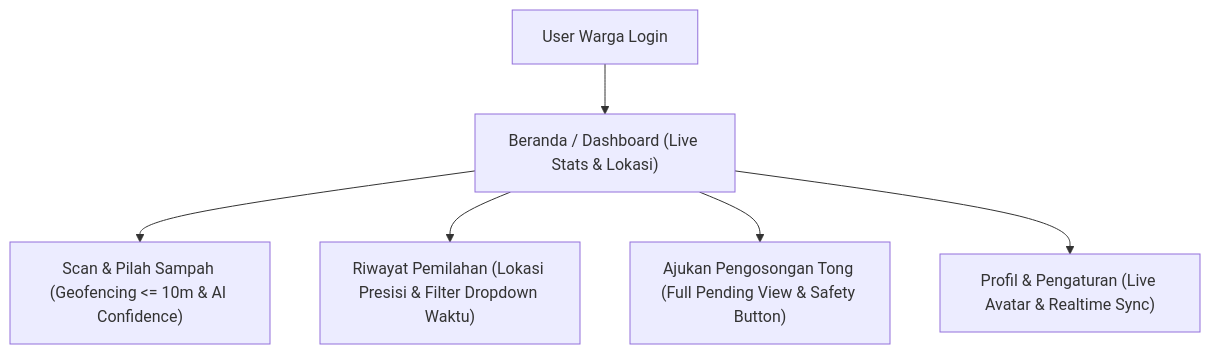
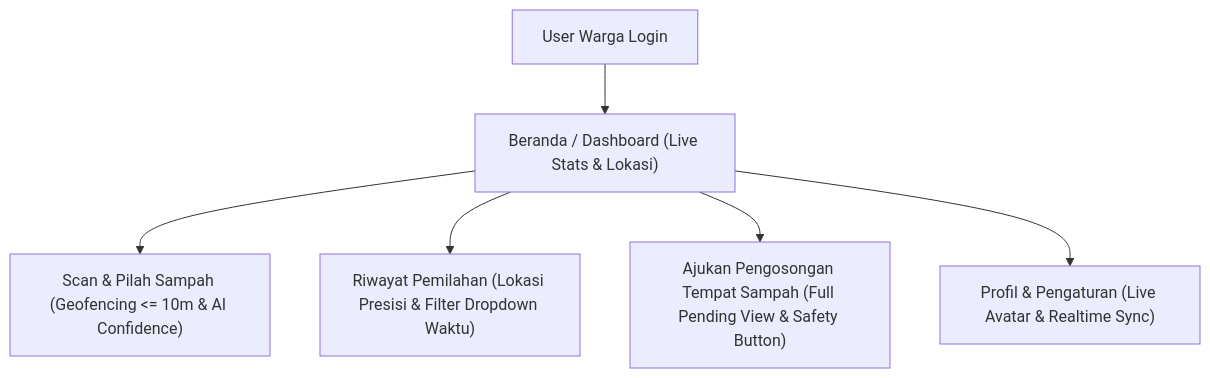
The diagram in docs/reports/walkthrough.md (JexyDev/Pilah-Sampah-Cerdas), drawn with Mermaid before and after one commit. The commit also changed other lines of this file and 11 other files, not shown here.

Commit message:
docs: replace all remaining 'tong' with 'Tempat Sampah' across all docs — zero tolerance

````diff
--- a/docs/reports/walkthrough.md
+++ b/docs/reports/walkthrough.md
@@ -32,8 +32,8 @@
 ```mermaid
 graph TD
     A["User Warga Login"] --> B["Beranda / Dashboard (Live Stats & Lokasi)"]
     B --> C["Scan & Pilah Sampah (Geofencing <= 10m & AI Confidence)"]
     B --> D["Riwayat Pemilahan (Lokasi Presisi & Filter Dropdown Waktu)"]
-    B --> E["Ajukan Pengosongan Tong (Full Pending View & Safety Button)"]
+    B --> E["Ajukan Pengosongan Tempat Sampah (Full Pending View & Safety Button)"]
     B --> F["Profil & Pengaturan (Live Avatar & Realtime Sync)"]
 ```
````
